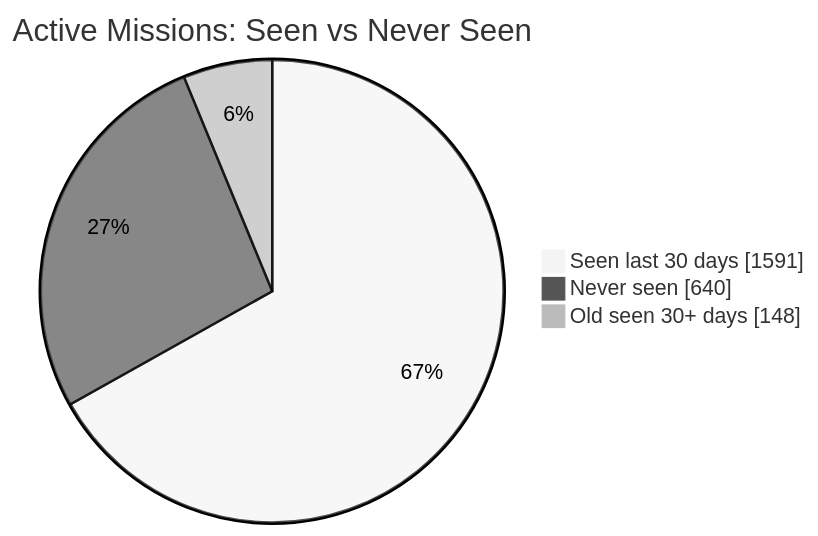
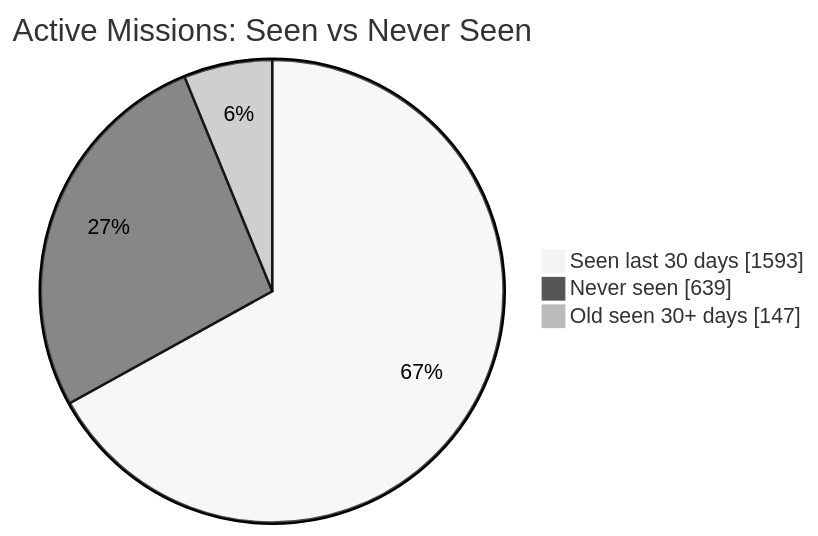
Before and after one commit to MeldkamerspelGameTeam/active-missions: the first of 2 diagrams in README.md, drawn with Mermaid (neutral theme). The commit also changed other lines of this file and 3 other files, not shown here.

````diff
--- a/README.md
+++ b/README.md
@@ -34,7 +34,7 @@
 ```mermaid
 pie showData
     title Active Missions: Seen vs Never Seen
-    "Seen last 30 days" : 1591
-    "Never seen" : 640
-    "Old seen 30+ days" : 148
+    "Seen last 30 days" : 1593
+    "Never seen" : 639
+    "Old seen 30+ days" : 147
 ```
````
